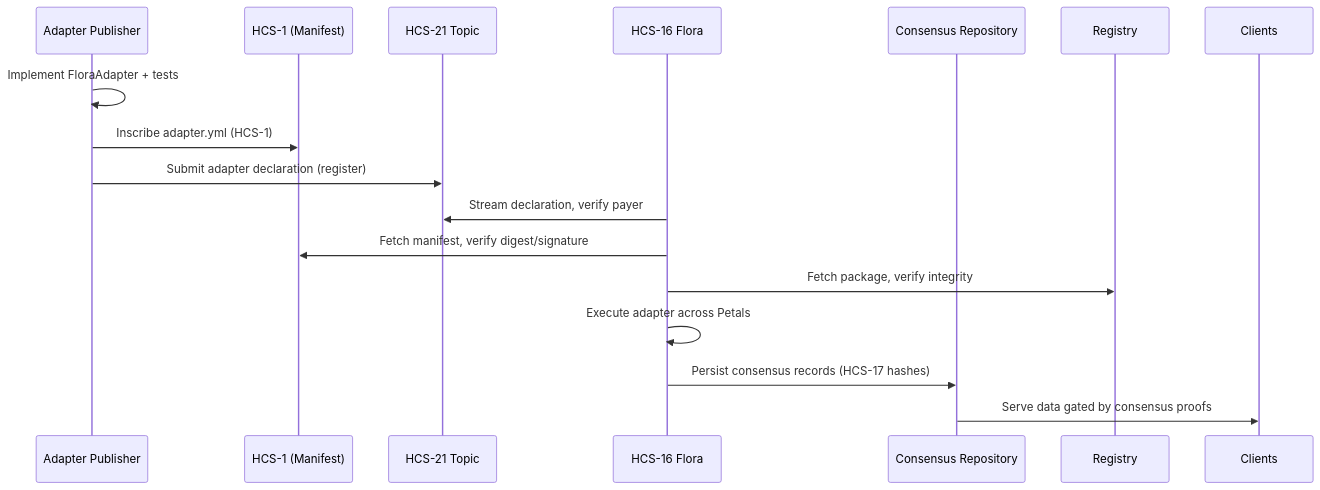
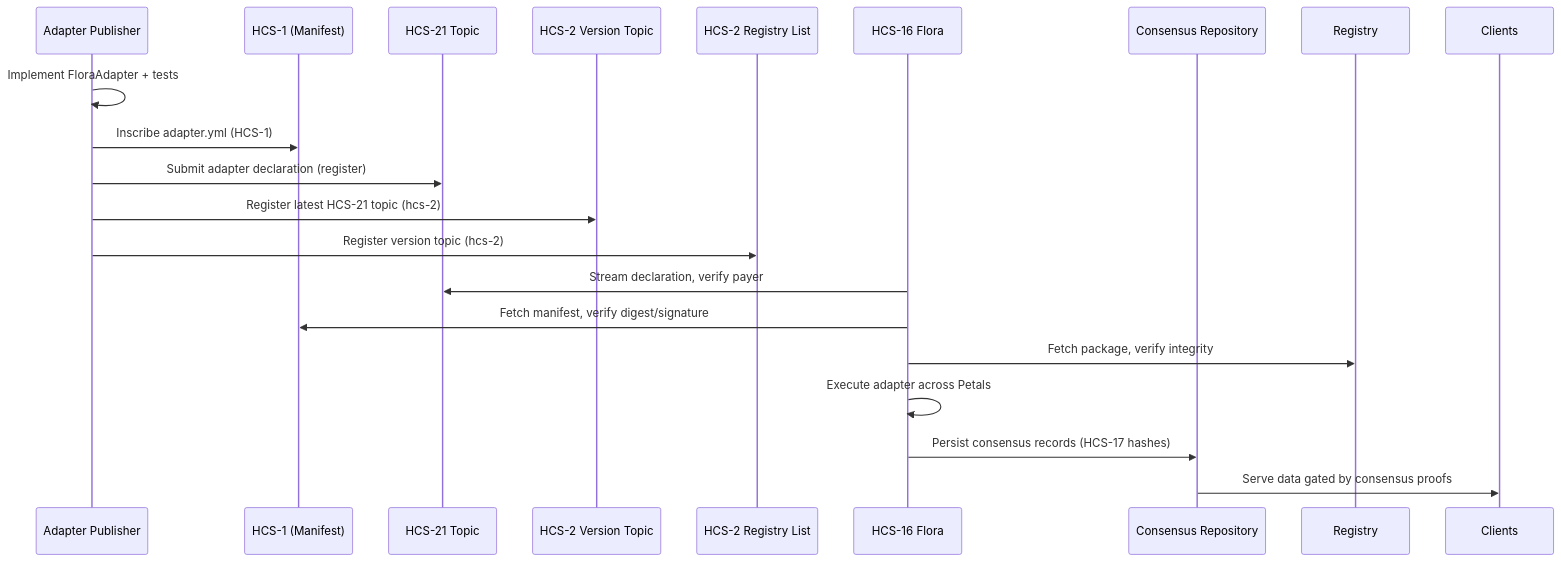
The sixth of 6 diagrams in docs/standards/hcs-21.md (hashgraph-online/hcs-improvement-proposals), drawn with Mermaid before and after one commit. The commit also changed other lines of this file and 17 other files, not shown here.

````diff
--- a/docs/standards/hcs-21.md
+++ b/docs/standards/hcs-21.md
@@ -569,18 +612,22 @@
 ```mermaid
 sequenceDiagram
     participant Pub as Adapter Publisher
     participant H1 as HCS-1 (Manifest)
     participant H21 as HCS-21 Topic
+    participant Ptr as HCS-2 Version Topic
+    participant Ror as HCS-2 Registry List
     participant Flora as HCS-16 Flora
     participant Repo as Consensus Repository
 
     Pub->>Pub: Implement FloraAdapter + tests
     Pub->>H1: Inscribe adapter.yml (HCS-1)
     Pub->>H21: Submit adapter declaration (register)
+    Pub->>Ptr: Register latest HCS-21 topic (hcs-2)
+    Pub->>Ror: Register version topic (hcs-2)
     Flora->>H21: Stream declaration, verify payer
     Flora->>H1: Fetch manifest, verify digest/signature
     Flora->>Registry: Fetch package, verify integrity
     Flora->>Flora: Execute adapter across Petals
     Flora->>Repo: Persist consensus records (HCS-17 hashes)
     Repo->>Clients: Serve data gated by consensus proofs
 ```
````
